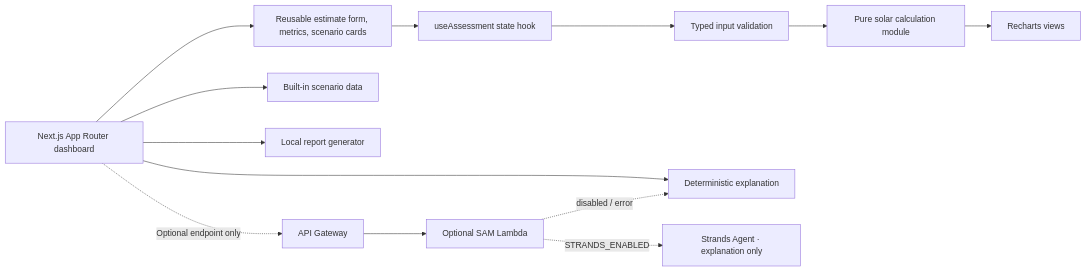
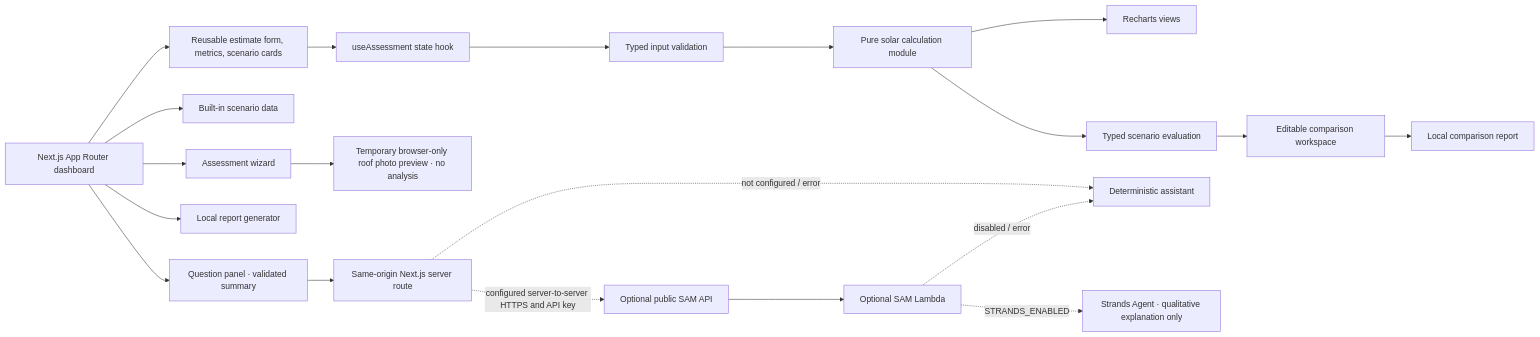
Before and after one commit to KA17ERR/SolarSmart: the diagram in README.md, drawn with Mermaid. The commit also changed other lines of this file and 68 other files, not shown here.

````diff
--- a/README.md
+++ b/README.md
@@ -35,15 +99,22 @@
 ```mermaid
 flowchart LR
   Page[Next.js App Router dashboard] --> UI[Reusable estimate form, metrics, scenario cards]
   UI --> State[useAssessment state hook]
   State --> Validation[Typed input validation]
   Validation --> Calc[Pure solar calculation module]
   Calc --> Charts[Recharts views]
+  Calc --> Compare[Typed scenario evaluation]
+  Compare --> ComparePage[Editable comparison workspace]
+  ComparePage --> CompareReport[Local comparison report]
   Page --> Demo[Built-in scenario data]
+  Page --> Wizard[Assessment wizard]
+  Wizard --> RoofPhoto[Temporary browser-only roof photo preview · no analysis]
   Page --> Report[Local report generator]
-  Page --> Fallback[Deterministic explanation]
-  Page -. Optional endpoint only .-> API[API Gateway]
+  Page --> Assistant[Question panel · validated summary]
+  Assistant --> NextAPI[Same-origin Next.js server route]
+  NextAPI -. not configured / error .-> Fallback[Deterministic assistant]
+  NextAPI -. configured server-to-server HTTPS and API key .-> API[Optional public SAM API]
   API --> Lambda[Optional SAM Lambda]
-  Lambda -. STRANDS_ENABLED .-> Strands[Strands Agent · explanation only]
+  Lambda -. STRANDS_ENABLED .-> Strands[Strands Agent · qualitative explanation only]
   Lambda -. disabled / error .-> Fallback
 ```
````
